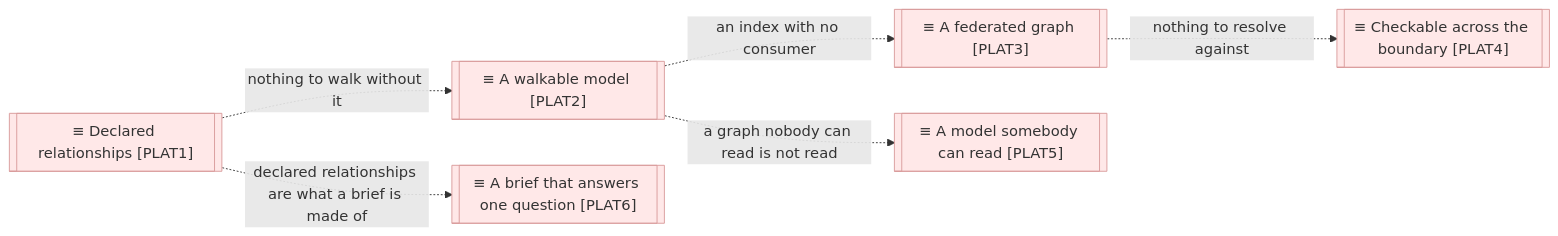
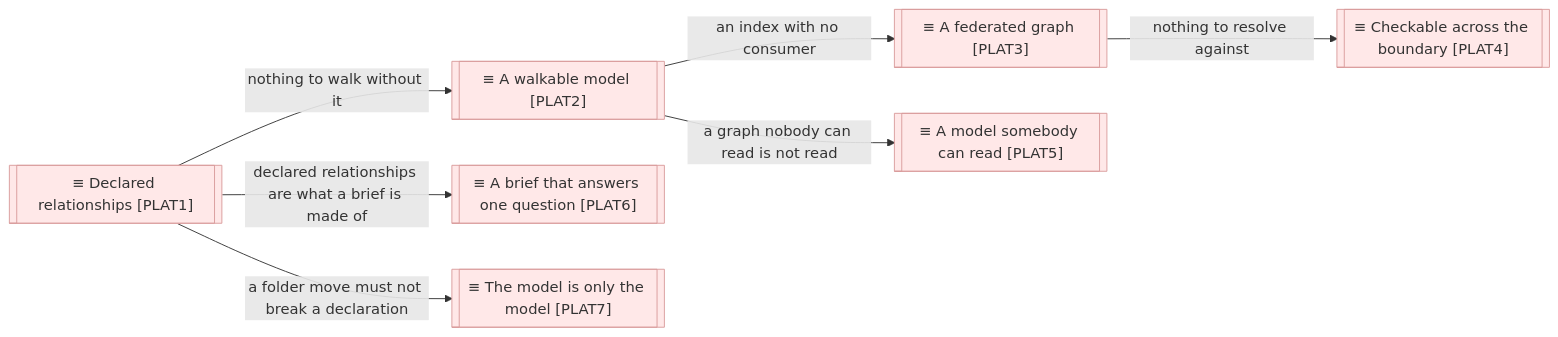
Before and after one commit to roanboc/architecture-archreator: the second of 3 diagrams in product-archreator/architecture/6_transition/1_target-state.md, drawn with Mermaid. The commit also changed other lines of this file and 23 other files, not shown here.

````diff
--- a/product-archreator/architecture/6_transition/1_target-state.md
+++ b/product-archreator/architecture/6_transition/1_target-state.md
@@ -46,17 +46,19 @@
 ```mermaid
 flowchart LR
   plat1[["≡ Declared relationships [PLAT1]"]]:::plateau
   plat2[["≡ A walkable model [PLAT2]"]]:::plateau
   plat3[["≡ A federated graph [PLAT3]"]]:::plateau
   plat4[["≡ Checkable across the boundary [PLAT4]"]]:::plateau
   plat5[["≡ A model somebody can read [PLAT5]"]]:::plateau
   plat6[["≡ A brief that answers one question [PLAT6]"]]:::plateau
+  plat7[["≡ The model is only the model [PLAT7]"]]:::plateau
 
-  plat1 -.->|nothing to walk without it| plat2
-  plat2 -.->|an index with no consumer| plat3
-  plat3 -.->|nothing to resolve against| plat4
-  plat2 -.->|a graph nobody can read is not read| plat5
-  plat1 -.->|declared relationships are what a brief is made of| plat6
+  plat1 -->|nothing to walk without it| plat2
+  plat2 -->|an index with no consumer| plat3
+  plat3 -->|nothing to resolve against| plat4
+  plat2 -->|a graph nobody can read is not read| plat5
+  plat1 -->|declared relationships are what a brief is made of| plat6
+  plat1 -->|a folder move must not break a declaration| plat7
 
   classDef plateau fill:#ffe8e8,stroke:#d99b9b,color:#333
 ```
````
